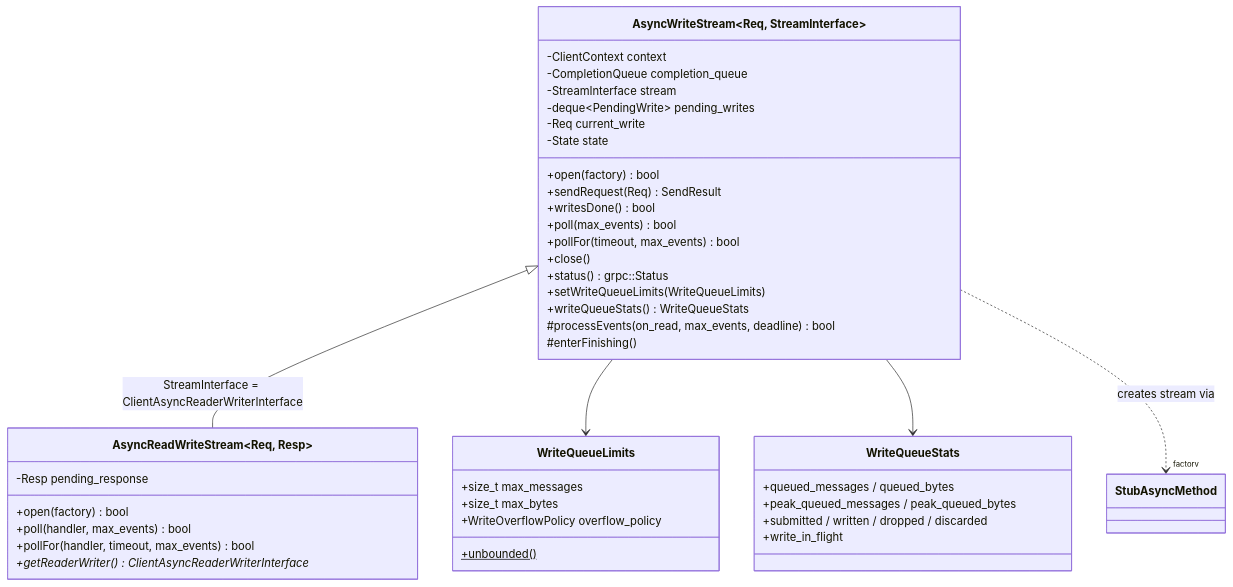
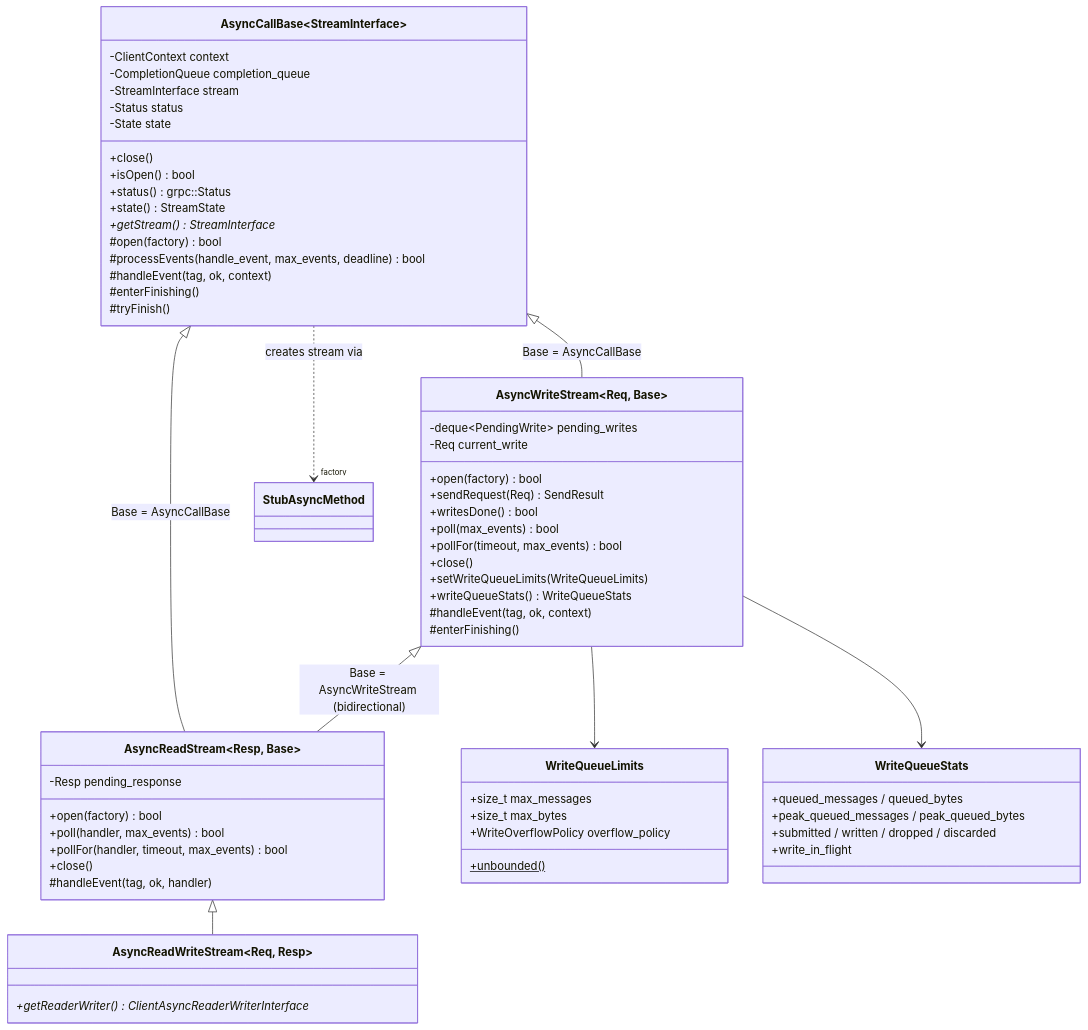
The first of 3 diagrams in README.md (egorodet/GrpcAsyncStream), drawn with Mermaid before and after one commit. The commit also changed other lines of this file and 15 other files, not shown here.

First line of the commit message:
Add AsyncReadStream and share one call core between all streams

````diff
--- a/README.md
+++ b/README.md
@@ -115,45 +131,64 @@
 ```mermaid
 classDiagram
-    class AsyncWriteStream~Req, StreamInterface~ {
+    class AsyncCallBase~StreamInterface~ {
+        +close()
+        +isOpen() bool
+        +status() grpc::Status
+        +state() StreamState
+        +getStream() StreamInterface*
+        #open(factory) bool
+        #processEvents(handle_event, max_events, deadline) bool
+        #handleEvent(tag, ok, context)
+        #enterFinishing()
+        #tryFinish()
+        -ClientContext context
+        -CompletionQueue completion_queue
+        -StreamInterface stream
+        -Status status
+        -State state
+    }
+    class AsyncWriteStream~Req, Base~ {
         +open(factory) bool
         +sendRequest(Req) SendResult
         +writesDone() bool
         +poll(max_events) bool
         +pollFor(timeout, max_events) bool
         +close()
-        +status() grpc::Status
         +setWriteQueueLimits(WriteQueueLimits)
         +writeQueueStats() WriteQueueStats
-        #processEvents(on_read, max_events, deadline) bool
+        #handleEvent(tag, ok, context)
         #enterFinishing()
-        -ClientContext context
-        -CompletionQueue completion_queue
-        -StreamInterface stream
         -deque~PendingWrite~ pending_writes
         -Req current_write
-        -State state
     }
-    class AsyncReadWriteStream~Req, Resp~ {
+    class AsyncReadStream~Resp, Base~ {
         +open(factory) bool
         +poll(handler, max_events) bool
         +pollFor(handler, timeout, max_events) bool
-        +getReaderWriter() ClientAsyncReaderWriterInterface*
+        +close()
+        #handleEvent(tag, ok, handler)
         -Resp pending_response
     }
-    AsyncWriteStream <|-- AsyncReadWriteStream : StreamInterface = ClientAsyncReaderWriterInterface
+    class AsyncReadWriteStream~Req, Resp~ {
+        +getReaderWriter() ClientAsyncReaderWriterInterface*
+    }
+    AsyncCallBase <|-- AsyncWriteStream : Base = AsyncCallBase
+    AsyncCallBase <|-- AsyncReadStream : Base = AsyncCallBase
+    AsyncWriteStream <|-- AsyncReadStream : Base = AsyncWriteStream (bidirectional)
+    AsyncReadStream <|-- AsyncReadWriteStream
     class WriteQueueLimits {
         +size_t max_messages
         +size_t max_bytes
         +WriteOverflowPolicy overflow_policy
         +unbounded()$
     }
     class WriteQueueStats {
         +queued_messages / queued_bytes
         +peak_queued_messages / peak_queued_bytes
         +submitted / written / dropped / discarded
         +write_in_flight
     }
     AsyncWriteStream --> WriteQueueLimits
     AsyncWriteStream --> WriteQueueStats
-    AsyncWriteStream ..> "factory" StubAsyncMethod : creates stream via
+    AsyncCallBase ..> "factory" StubAsyncMethod : creates stream via
 ```
````
